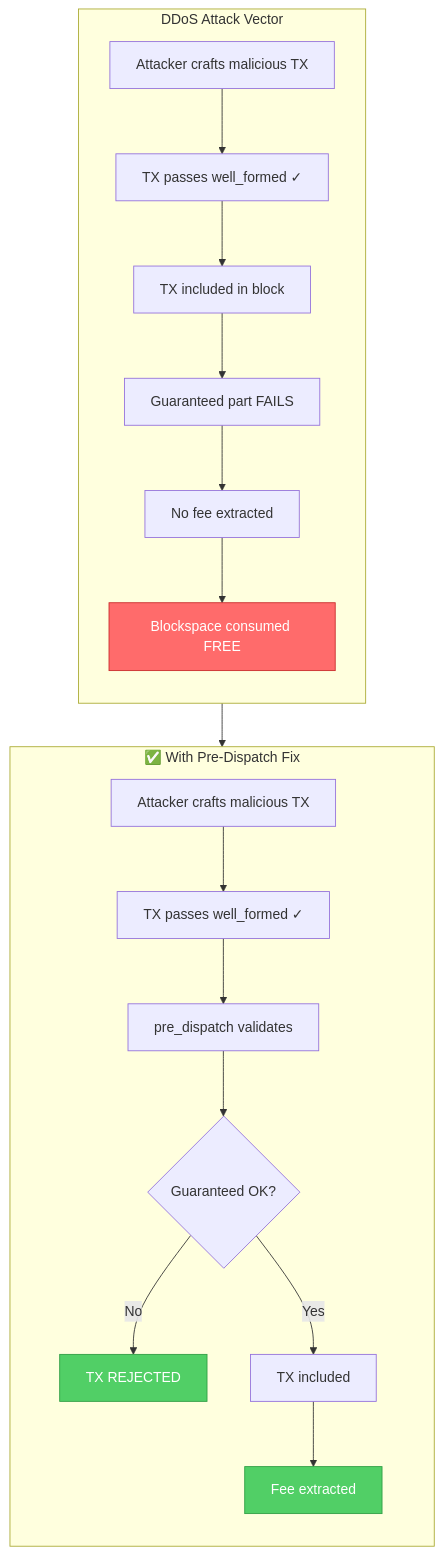
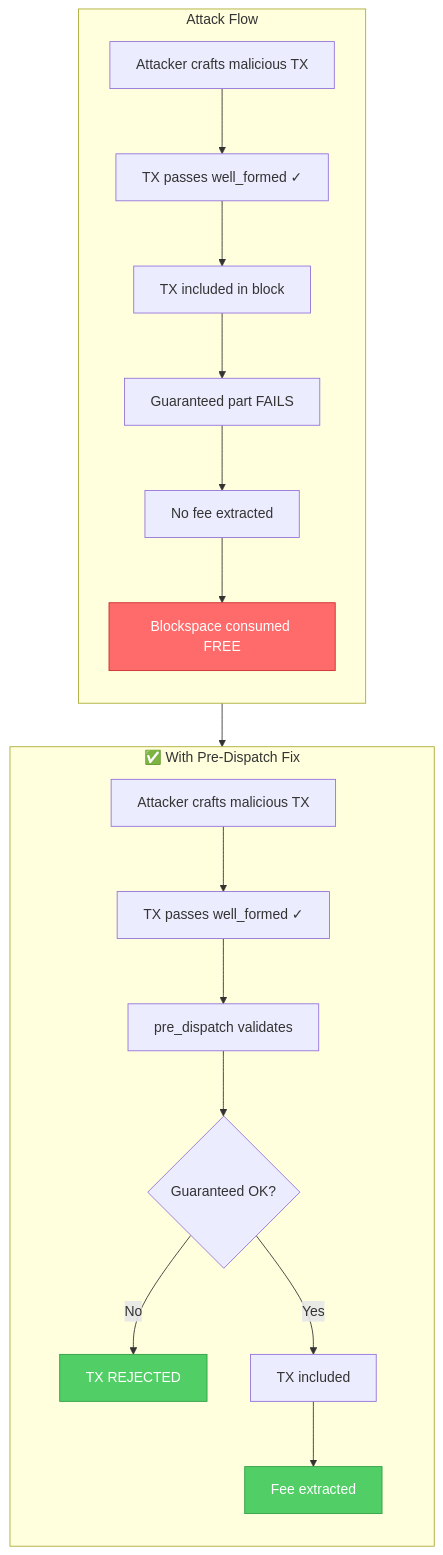
One commit to midnightntwrk/midnight-node changed the first of 2 diagrams in docs/decisions/0003-prevent-feeless-blockspace-ddos.md. Above: the diagram before and after it, drawn with Mermaid.

Commit message:
diagram update

````diff
--- a/docs/decisions/0003-prevent-feeless-blockspace-ddos.md
+++ b/docs/decisions/0003-prevent-feeless-blockspace-ddos.md
@@ -22,27 +22,27 @@
 ```mermaid
 flowchart TB
-    subgraph Attack["DDoS Attack Vector"]
+    subgraph Attack["Attack Flow"]
         direction TB
         A1[Attacker crafts malicious TX] --> A2[TX passes well_formed ✓]
         A2 --> A3[TX included in block]
         A3 --> A4[Guaranteed part FAILS]
         A4 --> A5[No fee extracted]
         A5 --> A6[Blockspace consumed FREE]
     end
 
     Attack --> Defense
 
     subgraph Defense["✅ With Pre-Dispatch Fix"]
         direction TB
         B1[Attacker crafts malicious TX] --> B2[TX passes well_formed ✓]
         B2 --> B3[pre_dispatch validates]
         B3 --> B4{Guaranteed OK?}
         B4 -->|No| B5[TX REJECTED]
         B4 -->|Yes| B6[TX included]
         B6 --> B7[Fee extracted]
     end
 
     style A6 fill:#ff6b6b,stroke:#c92a2a,color:#fff
     style B5 fill:#51cf66,stroke:#2f9e44,color:#fff
     style B7 fill:#51cf66,stroke:#2f9e44,color:#fff
 ```
````
